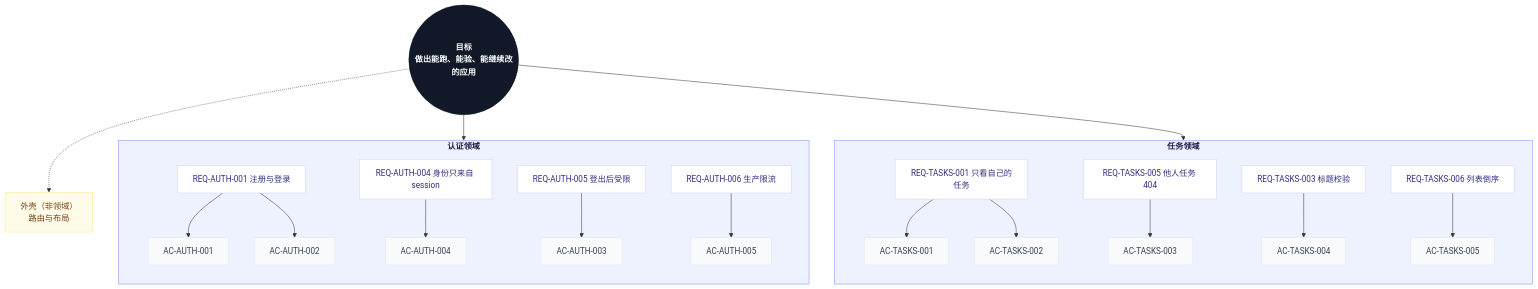
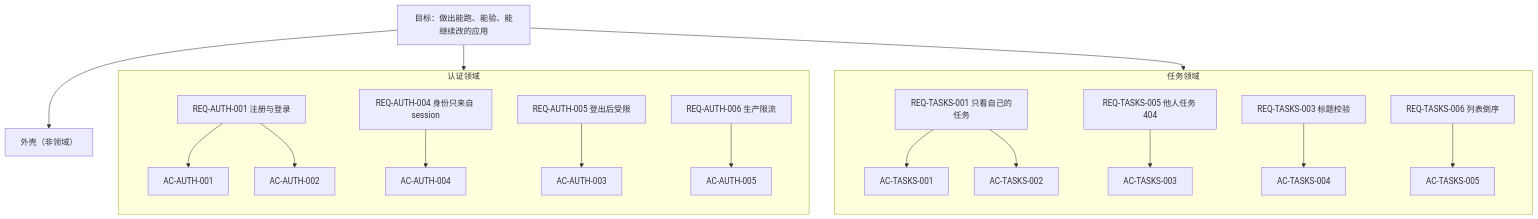
One commit to morewhyhan/Ignite changed the diagram in docs/GOAL.md. Above: the diagram before and after it, drawn with Mermaid. The commit also changed 1 other file, not shown here.

Commit message:
docs: use the default mermaid theme for the pyramid

````diff
--- a/docs/GOAL.md
+++ b/docs/GOAL.md
@@ -60,35 +60,23 @@
 ```mermaid
 flowchart TD
-  classDef goal fill:#111827,stroke:#111827,color:#fff,font-weight:bold
-  classDef domain fill:#eef2ff,stroke:#818cf8,color:#1e1b4b,font-weight:bold
-  classDef req fill:#ffffff,stroke:#c7d2fe,color:#312e81
-  classDef ac fill:#f8fafc,stroke:#e2e8f0,color:#334155
-  classDef note fill:#fefce8,stroke:#fde68a,color:#713f12
-
-  G(("目标<br/>做出能跑、能验、能继续改的应用"))
+  G["目标：做出能跑、能验、能继续改的应用"]
+  G --> A
+  G --> B
+  G --> S["外壳（非领域）"]
   subgraph A["认证领域"]
     direction TB
     R1["REQ-AUTH-001 注册与登录"] --> A1["AC-AUTH-001"]
     R1 --> A2["AC-AUTH-002"]
     R4["REQ-AUTH-004 身份只来自 session"] --> A4["AC-AUTH-004"]
     R5["REQ-AUTH-005 登出后受限"] --> A3["AC-AUTH-003"]
     R6["REQ-AUTH-006 生产限流"] --> A5["AC-AUTH-005"]
   end
   subgraph B["任务领域"]
     direction TB
     T1["REQ-TASKS-001 只看自己的任务"] --> AT1["AC-TASKS-001"]
     T1 --> AT2["AC-TASKS-002"]
     T5["REQ-TASKS-005 他人任务 404"] --> AT3["AC-TASKS-003"]
     T3["REQ-TASKS-003 标题校验"] --> AT4["AC-TASKS-004"]
     T6["REQ-TASKS-006 列表倒序"] --> AT5["AC-TASKS-005"]
   end
-  S["外壳（非领域）<br/>路由与布局"]
-  G --> A
-  G --> B
-  G -.-> S
-  class G goal
-  class A,B domain
-  class R1,R4,R5,R6,T1,T5,T3,T6 req
-  class A1,A2,A3,A4,A5,AT1,AT2,AT3,AT4,AT5 ac
-  class S note
 ```
````
